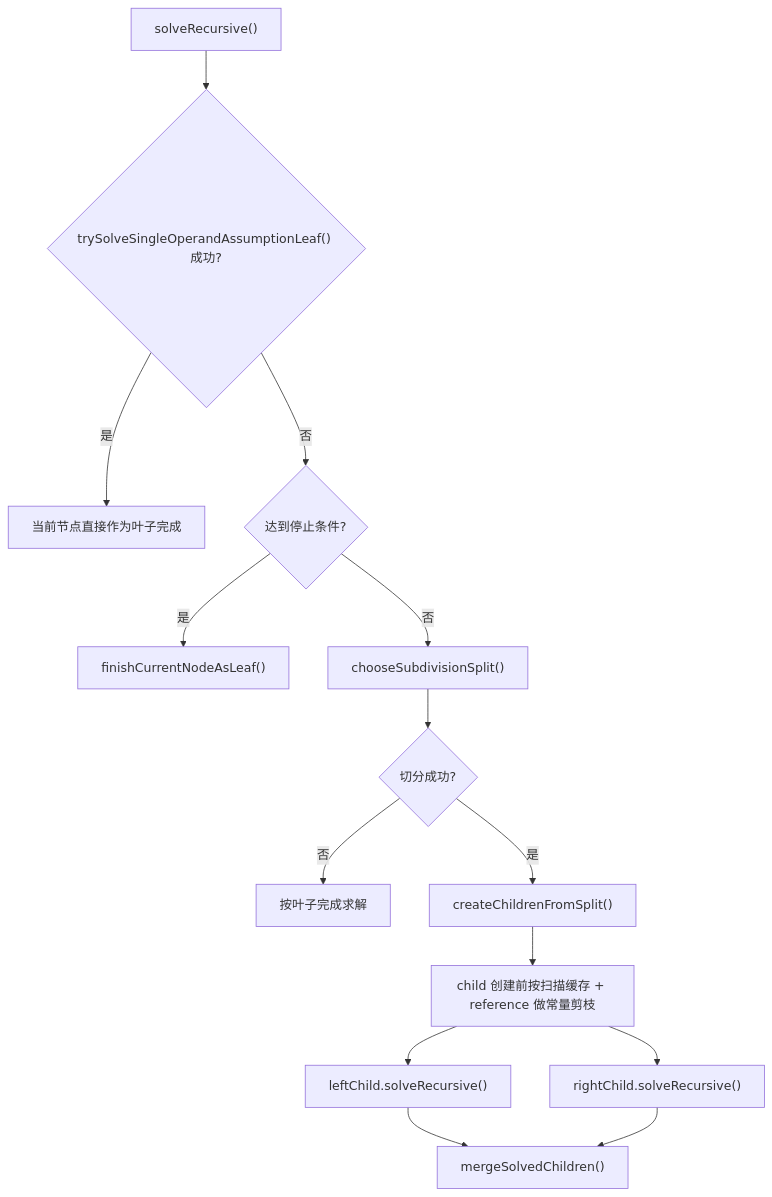
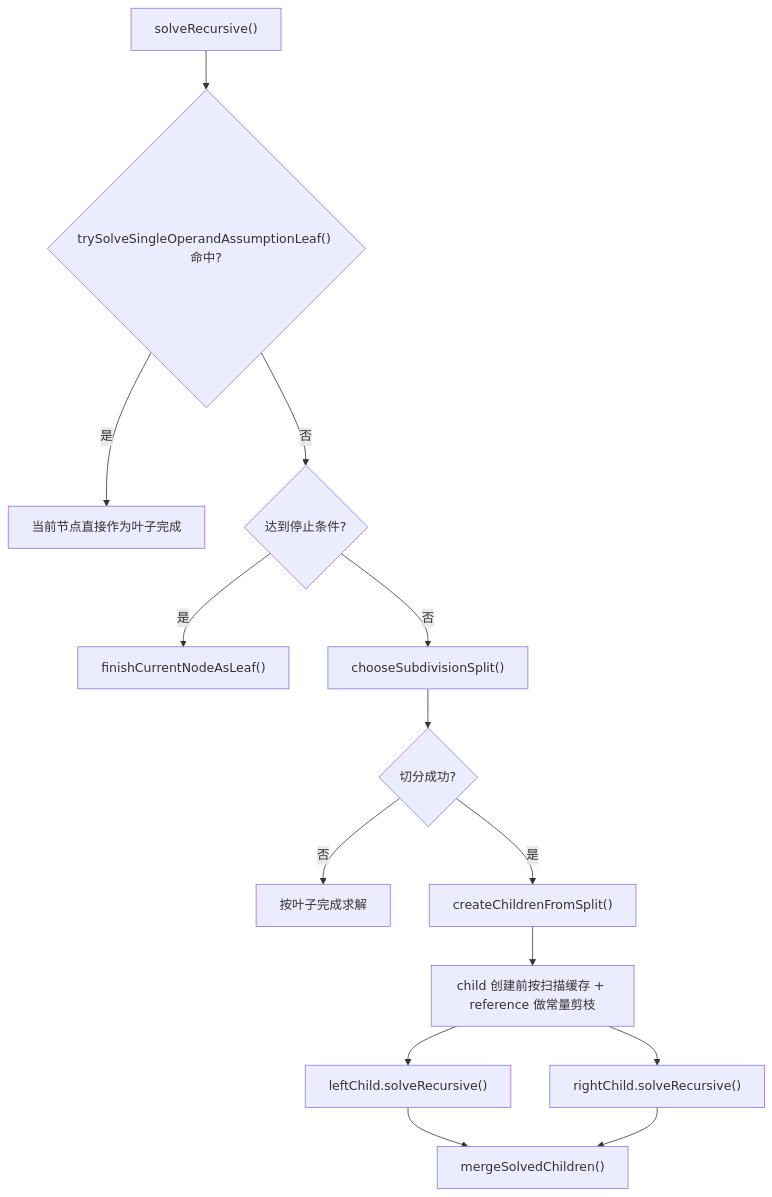
The fourth of 11 diagrams in docs/core-logic-flow.md (SDU-YueQiu/re-EMBER), drawn with Mermaid before and after one commit. The commit also changed other lines of this file and 4 other files, not shown here.

````diff
--- a/docs/core-logic-flow.md
+++ b/docs/core-logic-flow.md
@@ -126,16 +126,16 @@
 ```mermaid
 flowchart TD
-    A["solveRecursive()"] --> B{"trySolveSingleOperandAssumptionLeaf() 成功?"}
+    A["solveRecursive()"] --> B{"trySolveSingleOperandAssumptionLeaf() 命中?"}
     B -->|是| C["当前节点直接作为叶子完成"]
     B -->|否| D{"达到停止条件?"}
     D -->|是| E["finishCurrentNodeAsLeaf()"]
     D -->|否| F["chooseSubdivisionSplit()"]
     F --> G{"切分成功?"}
     G -->|否| H["按叶子完成求解"]
     G -->|是| I["createChildrenFromSplit()"]
     I --> J["child 创建前按扫描缓存 + reference 做常量剪枝"]
     J --> K["leftChild.solveRecursive()"]
     J --> L["rightChild.solveRecursive()"]
     K --> M["mergeSolvedChildren()"]
     L --> M
 ```
````
